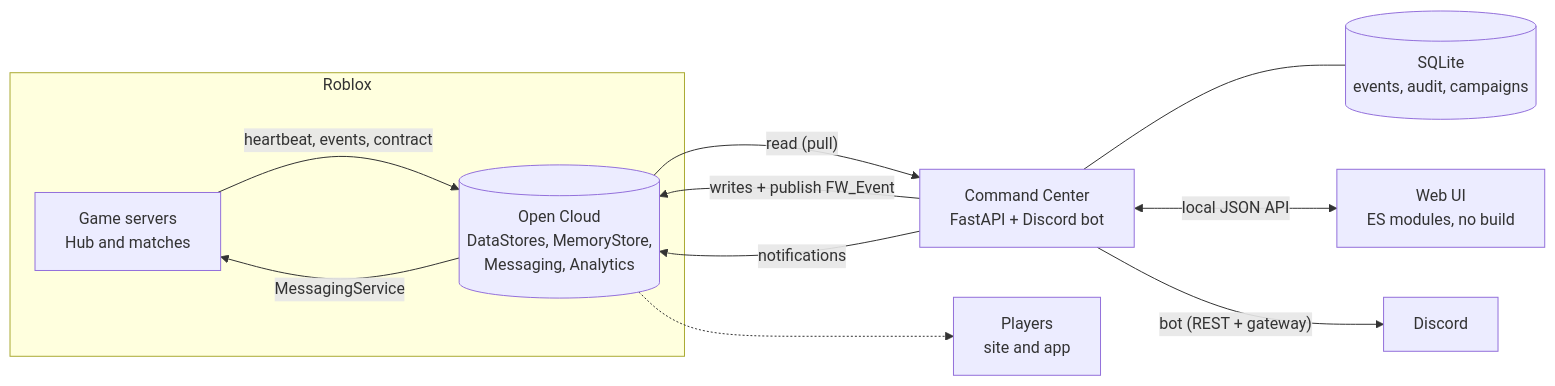
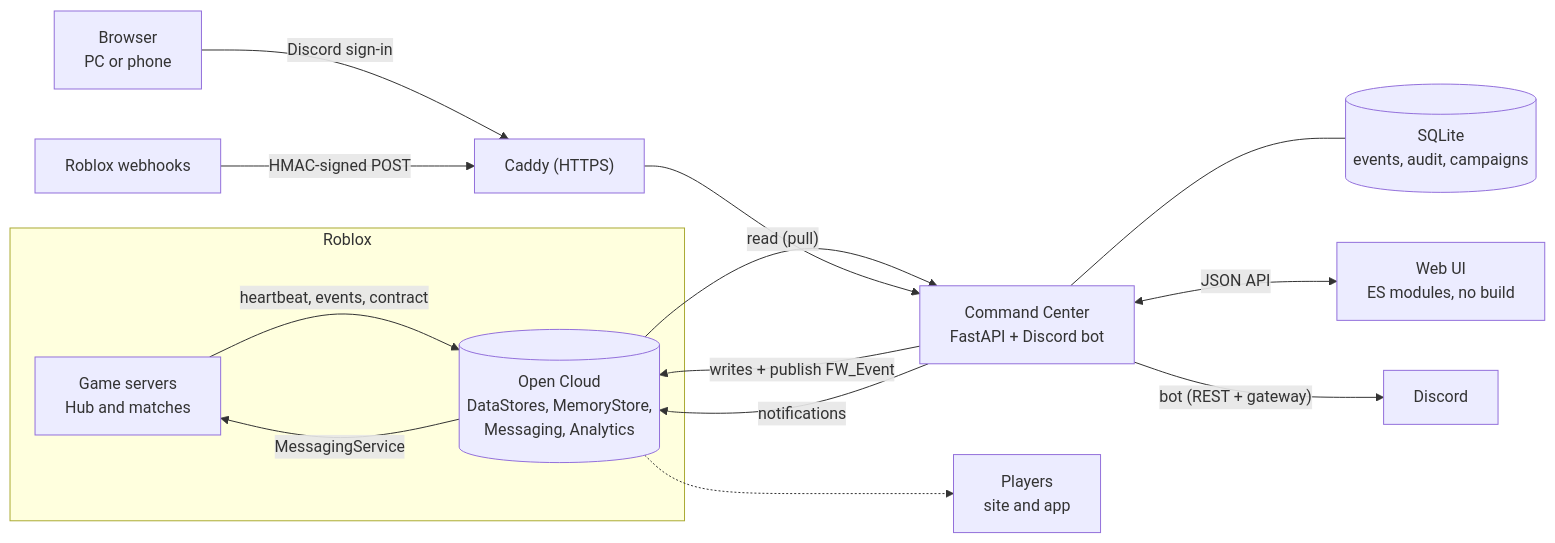
The diagram in README.md (AdamGuemil/command-center), drawn with Mermaid before and after one commit. The commit also changed other lines of this file and 39 other files, not shown here.

Commit message:
Lot 6 : connexion Discord, webhooks Roblox, automatisations, téléphone, Docker + Caddy

````diff
--- a/README.md
+++ b/README.md
@@ -30,21 +34,26 @@
 ```mermaid
 flowchart LR
   subgraph Roblox
     G["Game servers<br/>Hub and matches"]
     OC[("Open Cloud<br/>DataStores, MemoryStore,<br/>Messaging, Analytics")]
   end
   CC["Command Center<br/>FastAPI + Discord bot"]
   UI["Web UI<br/>ES modules, no build"]
   DB[("SQLite<br/>events, audit, campaigns")]
   D["Discord"]
   P["Players<br/>site and app"]
+  WH["Roblox webhooks"]
+  B["Browser<br/>PC or phone"]
+  CD["Caddy (HTTPS)"]
   G -- "heartbeat, events, contract" --> OC
   OC -- "read (pull)" --> CC
   CC -- "writes + publish FW_Event" --> OC
   OC -- "MessagingService" --> G
   CC --- DB
-  CC <-- "local JSON API" --> UI
+  CC <-- "JSON API" --> UI
+  B -- "Discord sign-in" --> CD --> CC
+  WH -- "HMAC-signed POST" --> CD
   CC -- "bot (REST + gateway)" --> D
   CC -- "notifications" --> OC
   OC -.-> P
 ```
````
